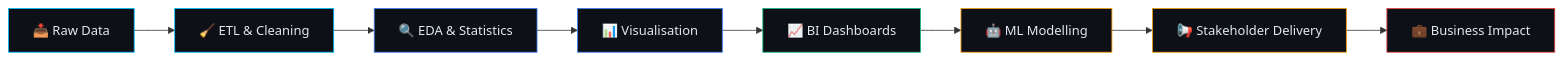
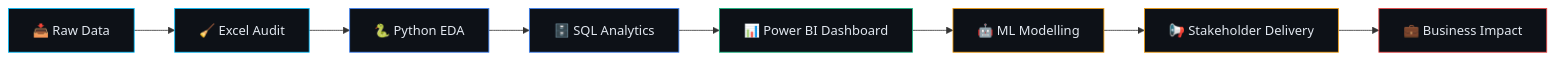
Before and after one commit to vikasgit101/vikasgit101: the diagram in README.md, drawn with Mermaid. The commit also changed other lines of this file, not shown here.

````diff
--- a/README.md
+++ b/README.md
@@ -322,19 +449,19 @@
 ```mermaid
 graph LR
-    A[📥 Raw Data] --> B[🧹 ETL & Cleaning]
-    B --> C[🔍 EDA & Statistics]
-    C --> D[📊 Visualisation]
-    D --> E[📈 BI Dashboards]
+    A[📥 Raw Data] --> B[🧹 Excel Audit]
+    B --> C[🐍 Python EDA]
+    C --> D[🗄️ SQL Analytics]
+    D --> E[📊 Power BI Dashboard]
     E --> F[🤖 ML Modelling]
     F --> G[📢 Stakeholder Delivery]
     G --> H[💼 Business Impact]
 
     style A fill:#0d1117,stroke:#00bfff,color:#e2e8f0
     style B fill:#0d1117,stroke:#00bfff,color:#e2e8f0
     style C fill:#0d1117,stroke:#3b82f6,color:#e2e8f0
     style D fill:#0d1117,stroke:#3b82f6,color:#e2e8f0
     style E fill:#0d1117,stroke:#10b981,color:#e2e8f0
     style F fill:#0d1117,stroke:#f59e0b,color:#e2e8f0
     style G fill:#0d1117,stroke:#f59e0b,color:#e2e8f0
     style H fill:#0d1117,stroke:#ef4444,color:#e2e8f0
 ```
````
